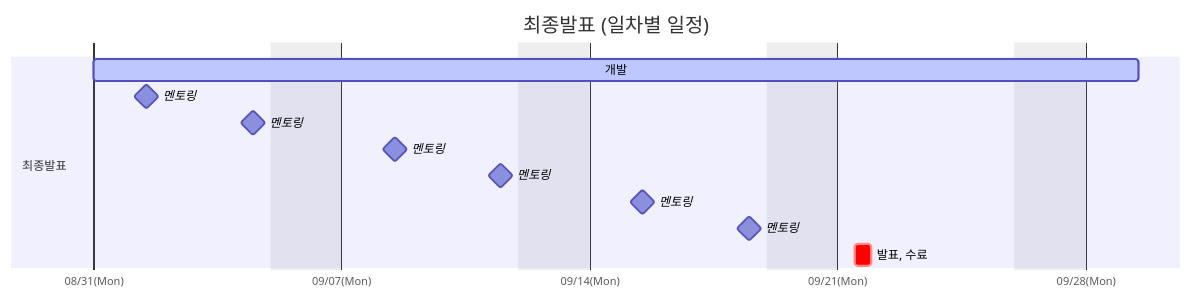
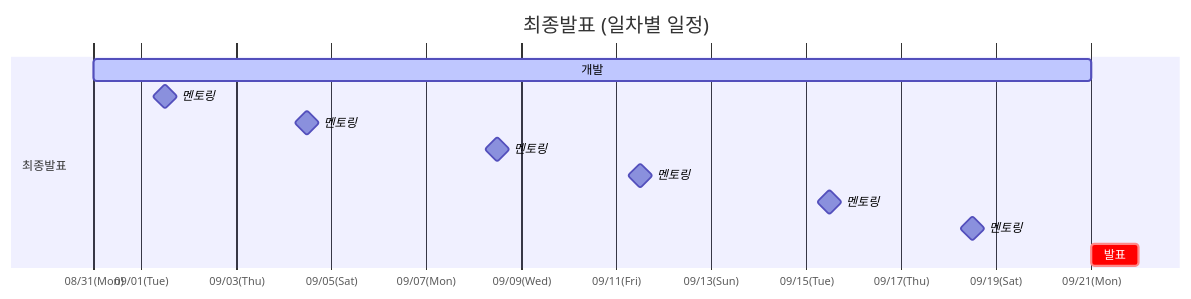
One commit to SAJOYO/.github changed the fourth of 4 diagrams in profile/README.md. Above: the diagram before and after it, drawn with Mermaid. The commit also changed other lines of this file, not shown here.

First line of the commit message:
Fix gantt axis range on mid/final presentation charts

````diff
--- a/profile/README.md
+++ b/profile/README.md
@@ -76,22 +75,20 @@
 ```mermaid
 gantt
     title 최종발표 (일차별 일정)
     dateFormat  YYYY-MM-DD HH:mm
 
     %% 반나절 단위는 dateFormat에 시간을 넣어 표현합니다 (전반부 00:00~12:00 / 후반부 12:00~24:00)
     axisFormat %m/%d(%a)
-    tickInterval 1week
-    weekday monday
-    excludes weekends
+    tickInterval 2day
 
     section 최종발표
-    개발                    : active, a1, 2026-08-31 00:00, 2026-09-21 12:00
+    개발                    : active, a1, 2026-08-31 00:00, 2026-09-21 00:00
     멘토링                  : milestone, m1, 2026-09-01 12:00, 0d
     멘토링                  : milestone, m2, 2026-09-04 12:00, 0d
     멘토링                  : milestone, m3, 2026-09-08 12:00, 0d
     멘토링                  : milestone, m4, 2026-09-11 12:00, 0d
     멘토링                  : milestone, m5, 2026-09-15 12:00, 0d
     멘토링                  : milestone, m6, 2026-09-18 12:00, 0d
-    발표, 수료              : crit, a2, 2026-09-21 12:00, 2026-09-21 23:00
+    발표                     : crit, a2, 2026-09-21 00:00, 1d
 
 ```
````
